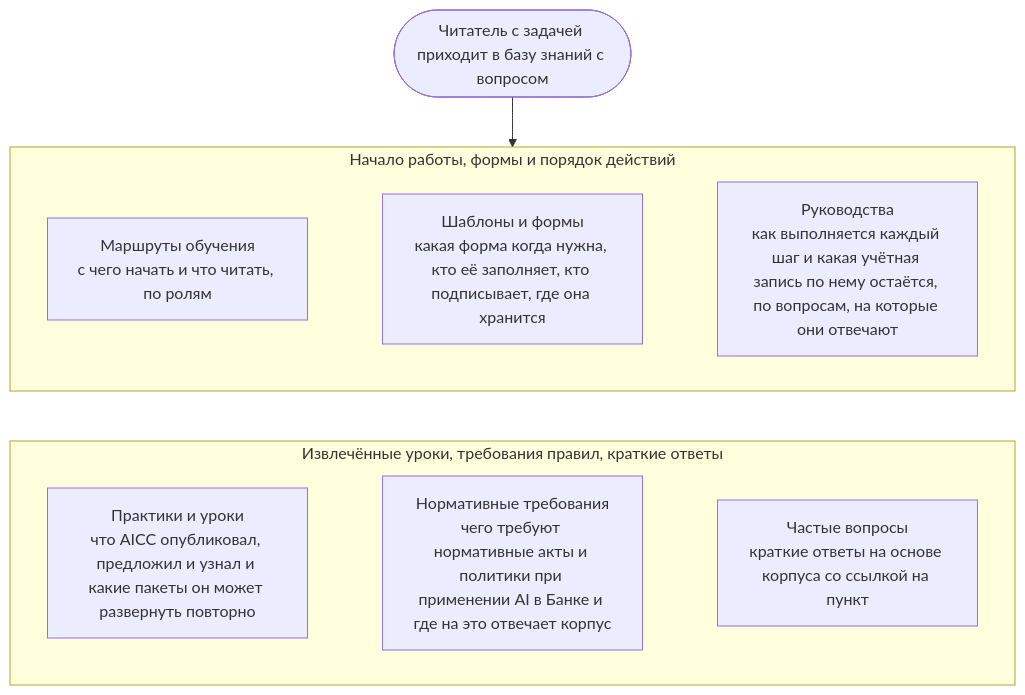
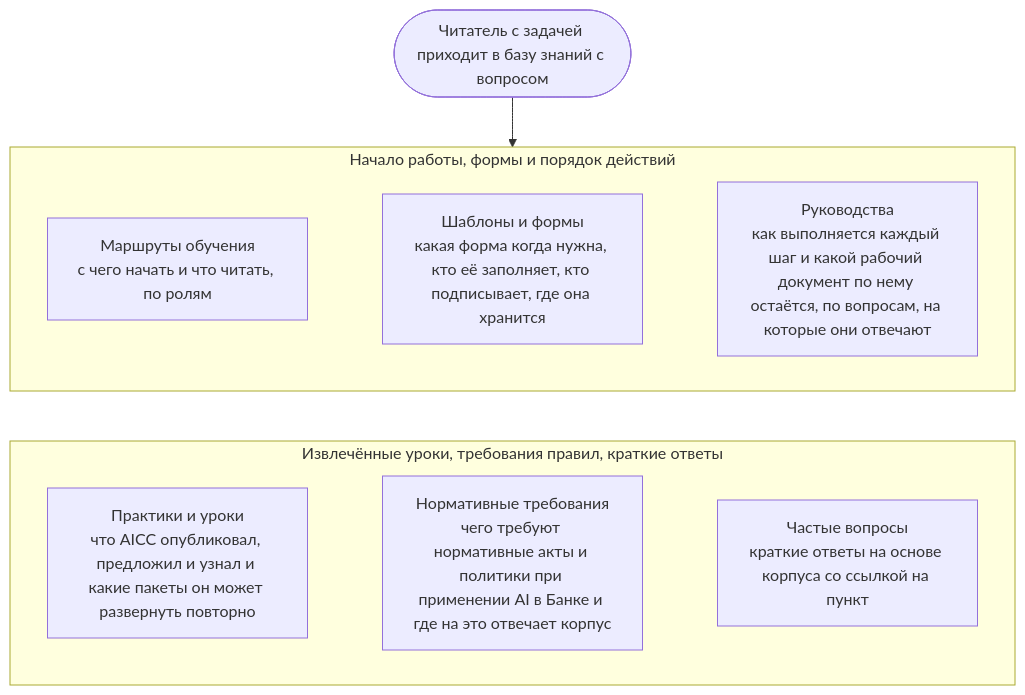
Before and after one commit to devhogu/ob-aicc: the diagram in portal/content/ru/knowledge-base/overview.md, drawn with Mermaid. The commit also changed other lines of this file and 300 other files, not shown here.

First line of the commit message:
Russian edition: a Record is «рабочий документ»; the charter's documents are «нормативные документы»

````diff
--- a/portal/content/ru/knowledge-base/overview.md
+++ b/portal/content/ru/knowledge-base/overview.md
@@ -13,14 +13,14 @@
 ```mermaid
 flowchart TB
   Q(["Читатель с задачей приходит в базу знаний с вопросом"])
   subgraph ROW1["Начало работы, формы и порядок действий"]
     direction LR
-    L["Маршруты обучения<br/>с чего начать и что читать, по ролям"] ~~~ T["Шаблоны и формы<br/>какая форма когда нужна, кто её заполняет, кто подписывает, где она хранится"] ~~~ G["Руководства<br/>как выполняется каждый шаг и какая учётная запись по нему остаётся, по вопросам, на которые они отвечают"]
+    L["Маршруты обучения<br/>с чего начать и что читать, по ролям"] ~~~ T["Шаблоны и формы<br/>какая форма когда нужна, кто её заполняет, кто подписывает, где она хранится"] ~~~ G["Руководства<br/>как выполняется каждый шаг и какой рабочий документ по нему остаётся, по вопросам, на которые они отвечают"]
   end
   subgraph ROW2["Извлечённые уроки, требования правил, краткие ответы"]
     direction LR
     P["Практики и уроки<br/>что AICC опубликовал, предложил и узнал и какие пакеты он может развернуть повторно"] ~~~ A["Нормативные требования<br/>чего требуют нормативные акты и политики при применении AI в Банке и где на это отвечает корпус"] ~~~ F["Частые вопросы<br/>краткие ответы на основе корпуса со ссылкой на пункт"]
   end
   Q --> ROW1
   ROW1 ~~~ ROW2
 ```
````
